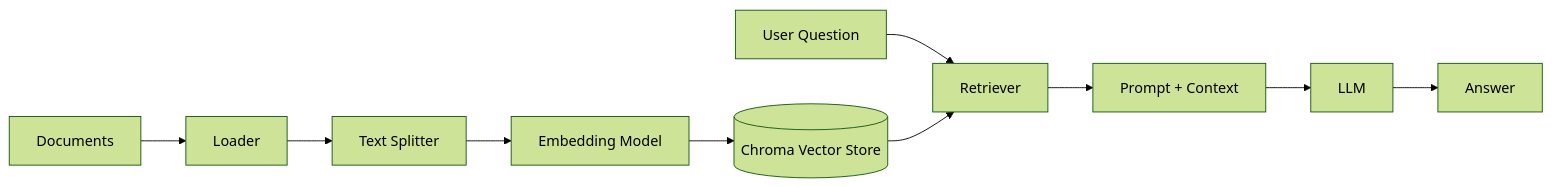
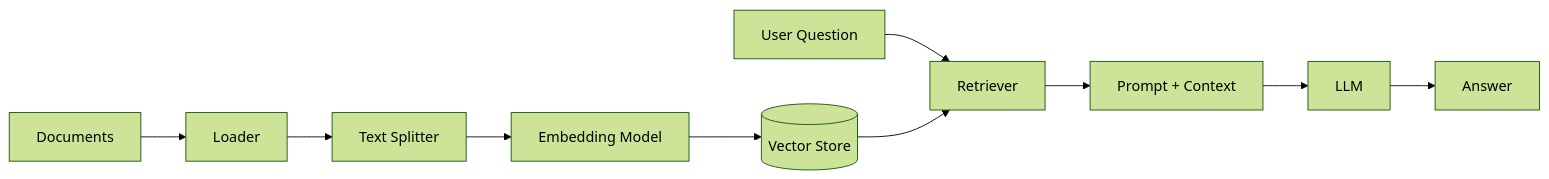
Before and after one commit to gyr0byte/Generative-AI: the diagram in README.md, drawn with Mermaid (forest theme). The commit also changed other lines of this file, not shown here.

````diff
--- a/README.md
+++ b/README.md
@@ -77,12 +130,12 @@
 ```mermaid
 flowchart LR
     A[Documents] --> B[Loader]
     B --> C[Text Splitter]
     C --> D[Embedding Model]
-    D --> E[(Chroma Vector Store)]
+    D --> E[(Vector Store)]
     Q[User Question] --> R[Retriever]
     E --> R
     R --> P[Prompt + Context]
     P --> L[LLM]
     L --> O[Answer]
 ```
````
